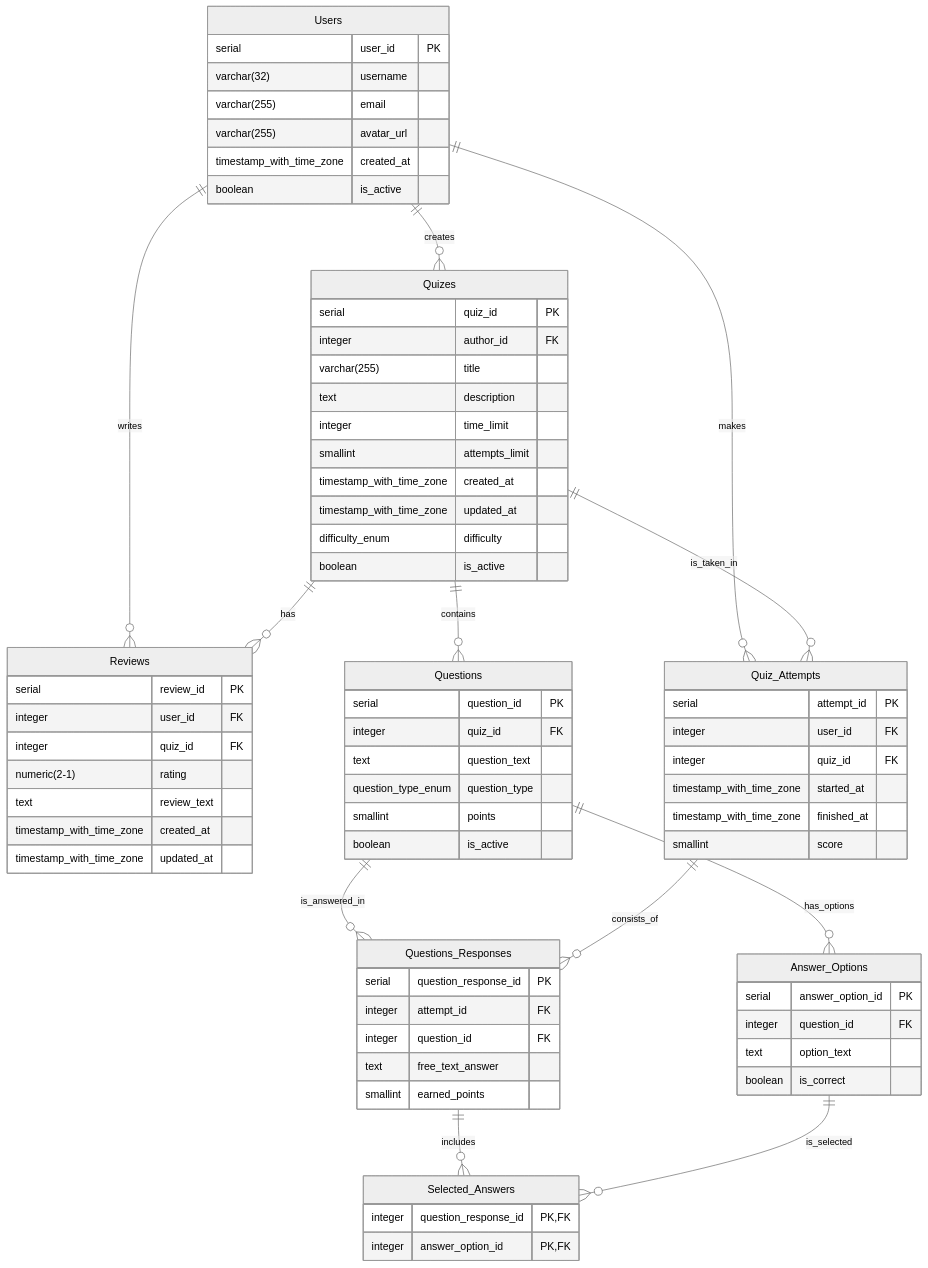
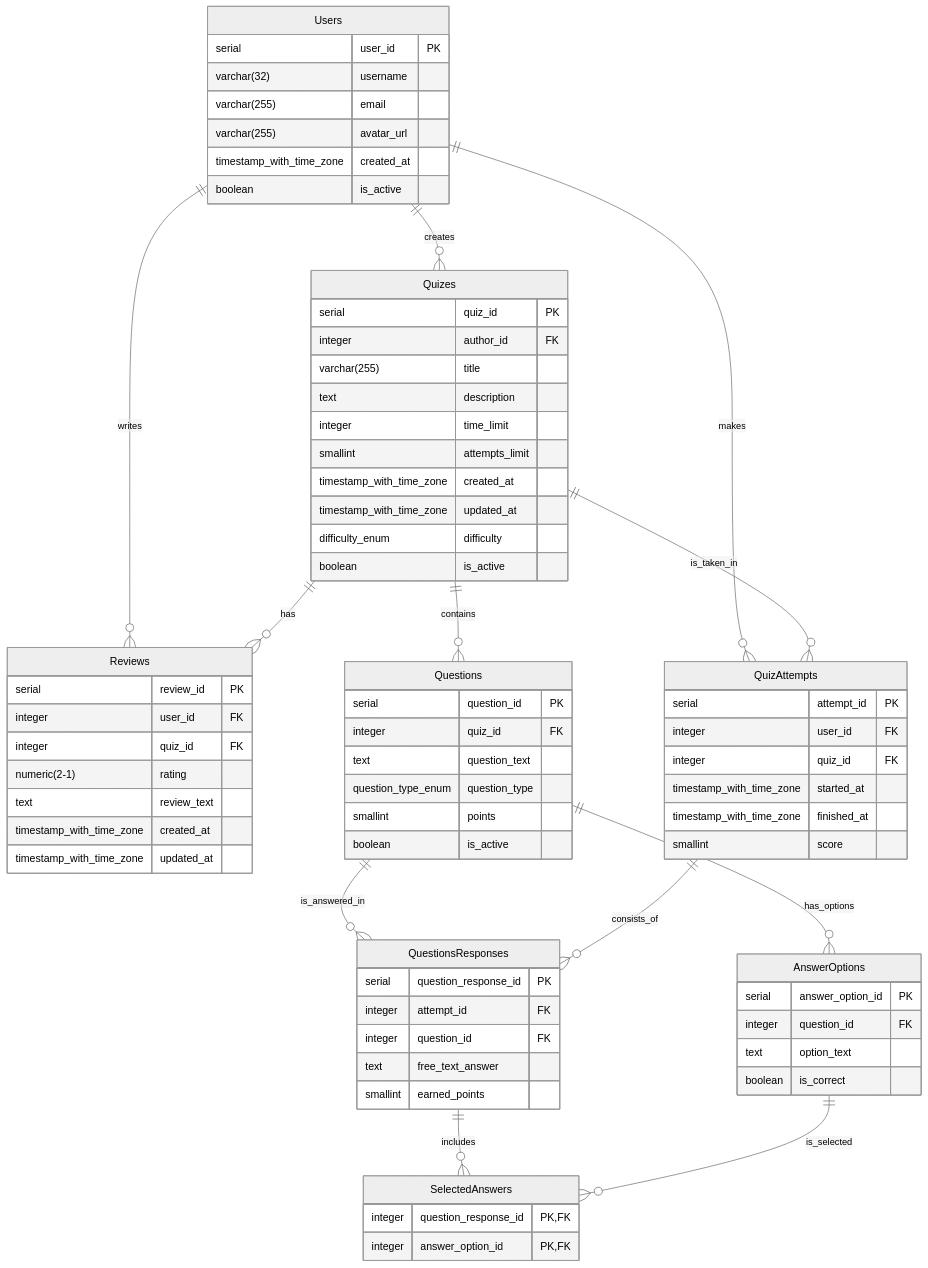
The diagram in Lab5/README.md (Alysseum17/DB-Labs), drawn with Mermaid (neutral theme) before and after one commit.

Commit message:
Refactor database entity names in README

````diff
--- a/Lab5/README.md
+++ b/Lab5/README.md
@@ -49,14 +49,14 @@
         boolean is_active
     }
 
-    Answer_Options {
+    AnswerOptions {
         serial answer_option_id PK
         integer question_id FK
         text option_text
         boolean is_correct
     }
 
-    Quiz_Attempts {
+    QuizAttempts {
         serial attempt_id PK
         integer user_id FK
         integer quiz_id FK
@@ -65,7 +65,7 @@
         smallint score
     }
 
-    Questions_Responses {
+    QuestionsResponses {
         serial question_response_id PK
         integer attempt_id FK
         integer question_id FK
@@ -73,7 +73,7 @@
         smallint earned_points
     }
 
-    Selected_Answers {
+    SelectedAnswers {
         integer question_response_id PK,FK
         integer answer_option_id PK,FK
     }
@@ -81,17 +81,17 @@
     %% Зв'язки (Relationships)
     Users ||--o{ Quizes : "creates"
     Users ||--o{ Reviews : "writes"
-    Users ||--o{ Quiz_Attempts : "makes"
+    Users ||--o{ QuizAttempts : "makes"
     
     Quizes ||--o{ Reviews : "has"
     Quizes ||--o{ Questions  : "contains"
-    Quizes ||--o{ Quiz_Attempts : "is_taken_in"
+    Quizes ||--o{ QuizAttempts : "is_taken_in"
 
-    Questions  ||--o{ Answer_Options : "has_options"
-    Questions  ||--o{ Questions_Responses : "is_answered_in"
+    Questions  ||--o{ AnswerOptions : "has_options"
+    Questions  ||--o{ QuestionsResponses : "is_answered_in"
 
-    Quiz_Attempts ||--o{ Questions_Responses : "consists_of"
+    QuizAttempts ||--o{ QuestionsResponses : "consists_of"
     
-    Questions_Responses ||--o{ Selected_Answers : "includes"
-    Answer_Options ||--o{ Selected_Answers : "is_selected"
+    QuestionsResponses ||--o{ SelectedAnswers : "includes"
+    AnswerOptions ||--o{ SelectedAnswers : "is_selected"
 ```
````
